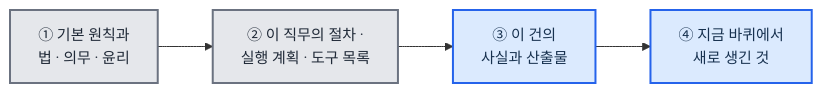
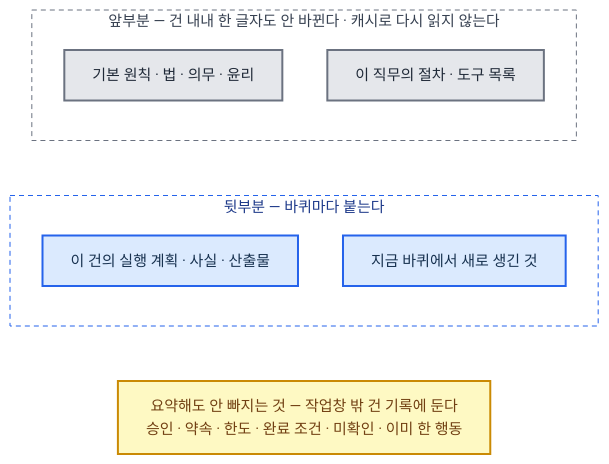
One commit to harisbaguette/expert changed the third of 14 diagrams in 전문가 에이전트 정의 2.md. Above: the diagram before and after it, drawn with Mermaid. The commit also changed other lines of this file, not shown here.

````diff
--- a/전문가 에이전트 정의 2.md
+++ b/전문가 에이전트 정의 2.md
@@ -559,11 +559,22 @@
 ```mermaid
 %%{init: {"flowchart": {"wrappingWidth": 640, "curve": "basis", "nodeSpacing": 45, "rankSpacing": 55, "padding": 14, "useMaxWidth": true}, "themeVariables": {"fontSize": "15px"}} }%%
-flowchart LR
-    B1["① 기본 원칙과<br/>법 · 의무 · 윤리"]:::store
-    B2["② 이 직무의 절차 ·<br/>실행 계획 · 도구 목록"]:::store
-    B3["③ 이 건의<br/>사실과 산출물"]:::main
-    B4["④ 지금 바퀴에서<br/>새로 생긴 것"]:::main
-    B1 --> B2 --> B3 --> B4
+flowchart TB
+    subgraph FIX["앞부분 — 건 내내 한 글자도 안 바뀐다 · 캐시로 다시 읽지 않는다"]
+        direction TB
+        B1["기본 원칙 · 법 · 의무 · 윤리"]:::store
+        B2["이 직무의 절차 · 도구 목록"]:::store
+    end
+    subgraph VAR["뒷부분 — 바퀴마다 붙는다"]
+        direction TB
+        B3["이 건의 실행 계획 · 사실 · 산출물"]:::main
+        B4["지금 바퀴에서 새로 생긴 것"]:::main
+    end
+    KEEP["요약해도 안 빠지는 것 — 작업창 밖 건 기록에 둔다<br/>승인 · 약속 · 한도 · 완료 조건 · 미확인 · 이미 한 행동"]:::note
+    FIX ~~~ VAR
+    VAR ~~~ KEEP
     classDef store fill:#e5e7eb,stroke:#6b7280,stroke-width:2px,color:#1f2937
     classDef main fill:#dbeafe,stroke:#2563eb,stroke-width:2px,color:#17314f
+    classDef note fill:#fef9c3,stroke:#ca8a04,stroke-width:2px,color:#713f12
+    style FIX fill:none,stroke:#6b7280,stroke-width:1px,stroke-dasharray:5 4,color:#374151
+    style VAR fill:none,stroke:#2563eb,stroke-width:1px,stroke-dasharray:5 4,color:#1e3a8a
 ```
````
